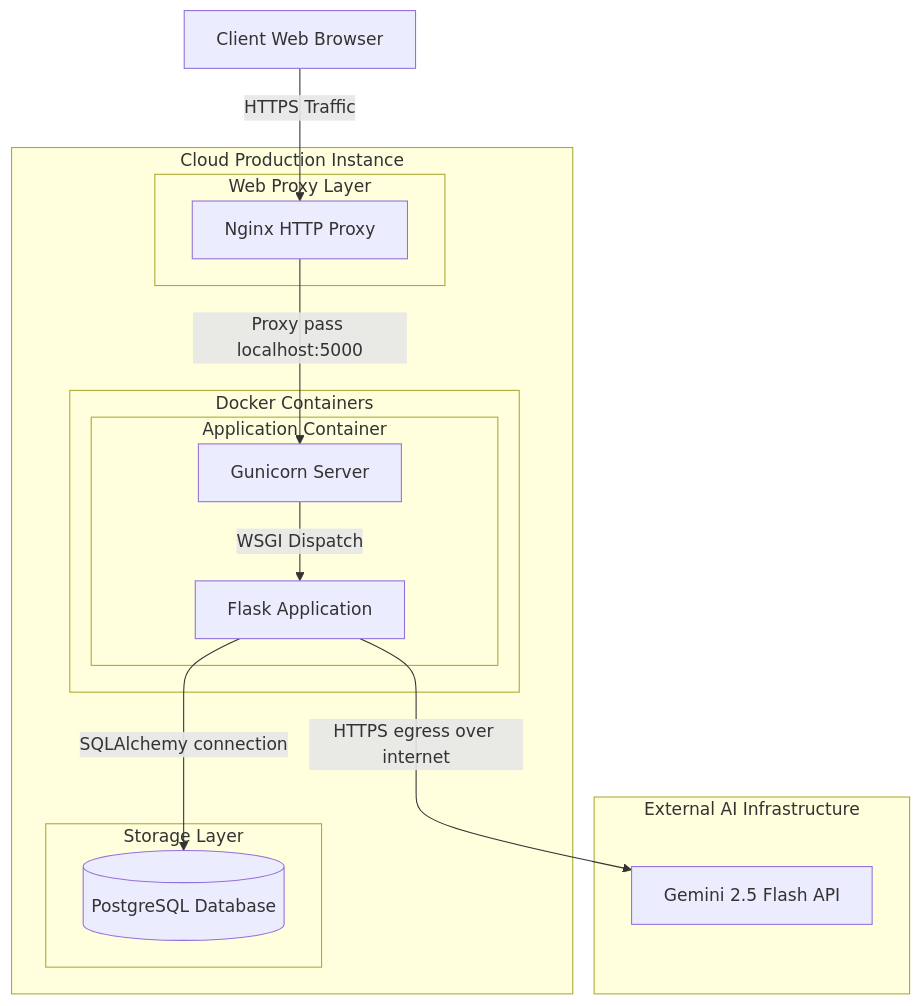
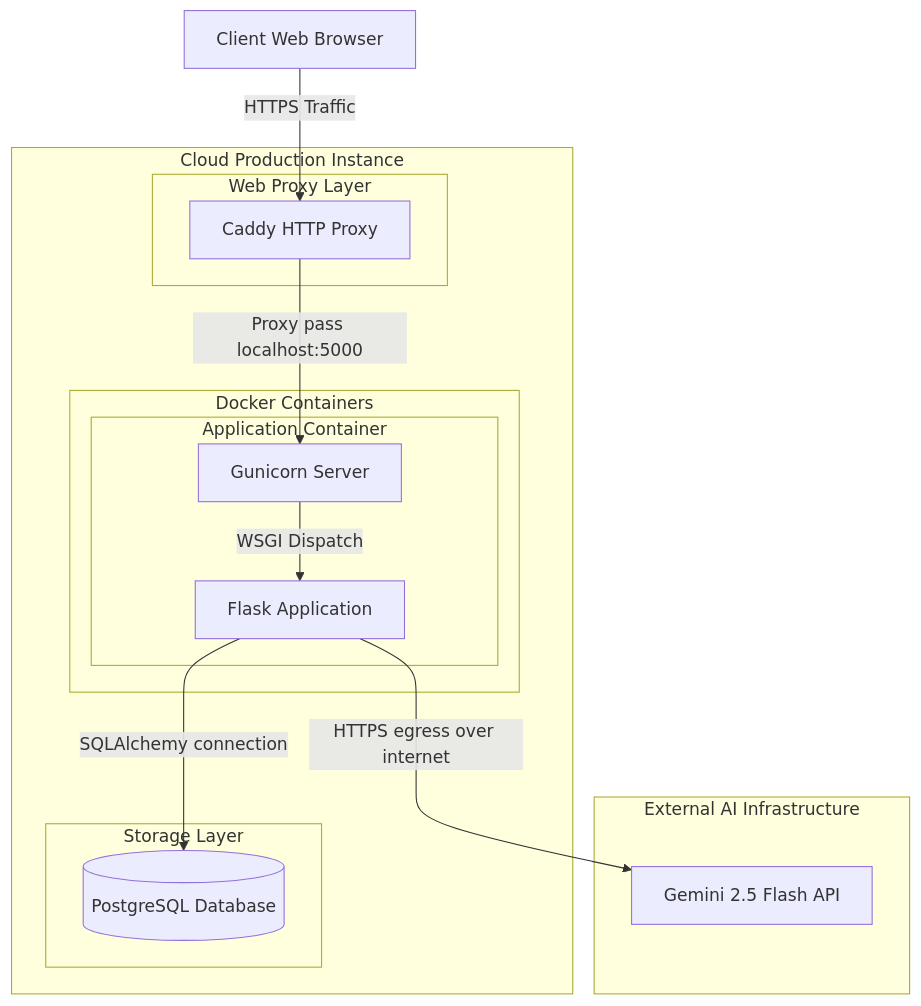
One commit to AbhishekYadav2207/Smart_Farming_AI changed the seventh of 7 diagrams in docs/architecture.md. Above: the diagram before and after it, drawn with Mermaid. The commit also changed other lines of this file and 2 other files, not shown here.

Commit message:
BugFix// Updated Nginx to Caddy in Docs

````diff
--- a/docs/architecture.md
+++ b/docs/architecture.md
@@ -341,31 +341,31 @@
 ```mermaid
 flowchart TD
     Client[Client Web Browser]
     
     subgraph CloudServer [Cloud Production Instance]
         subgraph WebTier [Web Proxy Layer]
-            Nginx[Nginx HTTP Proxy]
+            Caddy[Caddy HTTP Proxy]
         end
         
         subgraph ContainerTier [Docker Containers]
             subgraph AppContainer [Application Container]
                 Gunicorn[Gunicorn Server]
                 FlaskInstance[Flask Application]
             end
         end
         
         subgraph DataTier [Storage Layer]
             Postgres[(PostgreSQL Database)]
         end
     end
     
     subgraph GoogleCloud [External AI Infrastructure]
         Gemini[Gemini 2.5 Flash API]
     end
 
-    Client -->|HTTPS Traffic| Nginx
-    Nginx -->|Proxy pass localhost:5000| Gunicorn
+    Client -->|HTTPS Traffic| Caddy
+    Caddy -->|Proxy pass localhost:5000| Gunicorn
     Gunicorn -->|WSGI Dispatch| FlaskInstance
     FlaskInstance -->|SQLAlchemy connection| Postgres
     FlaskInstance -->|HTTPS egress over internet| Gemini
 ```
````
